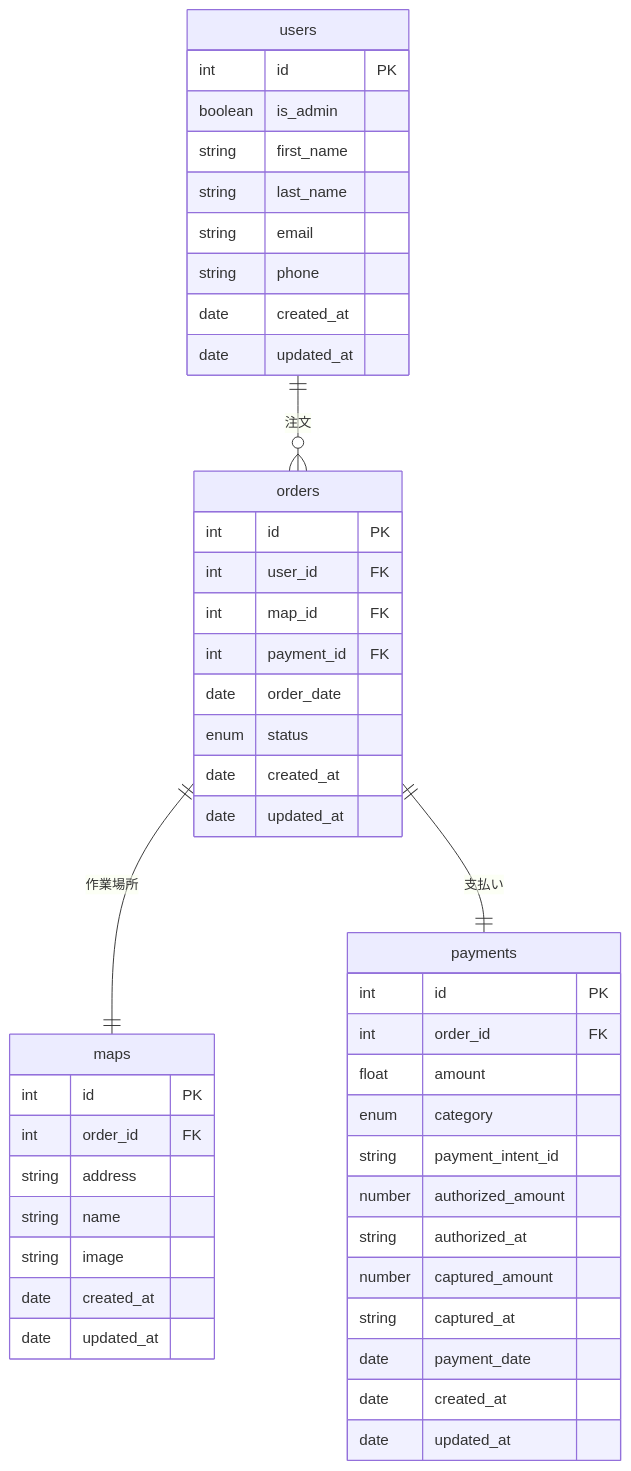
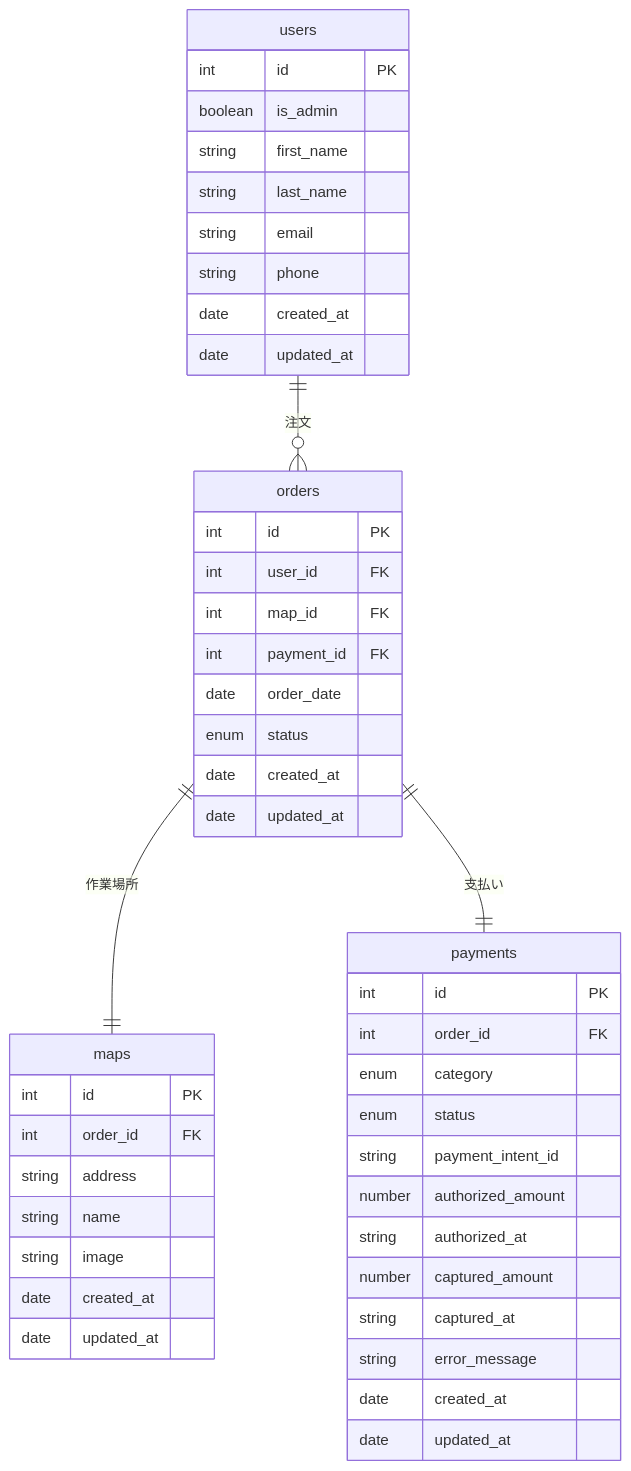
One commit to mitsukura/shikimori changed the diagram in docs/er.md. Above: the diagram before and after it, drawn with Mermaid.

Commit message:
fix: エラーメッセージ、ステータス追加、金額は削除

````diff
--- a/docs/er.md
+++ b/docs/er.md
@@ -3,56 +3,56 @@
 ```mermaid
 erDiagram
 
 %% エンティティ定義
 users ||--o{ orders : "注文"
 orders ||--|| maps : "作業場所"
 orders ||--|| payments : "支払い"
 
 %% エンティティ詳細
 users {
   int id PK
   boolean is_admin
   string first_name
   string last_name
   string email
   string phone
   date created_at
   date updated_at
 }
 
 orders {
   int id PK
   int user_id FK
   int map_id FK
   int payment_id FK
   date order_date
   enum status
   date created_at
   date updated_at
 }
 
 maps{
   int id PK
   int order_id FK
   string address
   string name
   string image
   date created_at
   date updated_at
 }
 
 payments {
   int id PK
   int order_id FK
-  float amount
   enum category
+  enum status
   string payment_intent_id
   number authorized_amount
   string authorized_at
   number captured_amount
   string captured_at
-  date payment_date
+  string error_message
   date created_at
   date updated_at
 }
 ```
````
